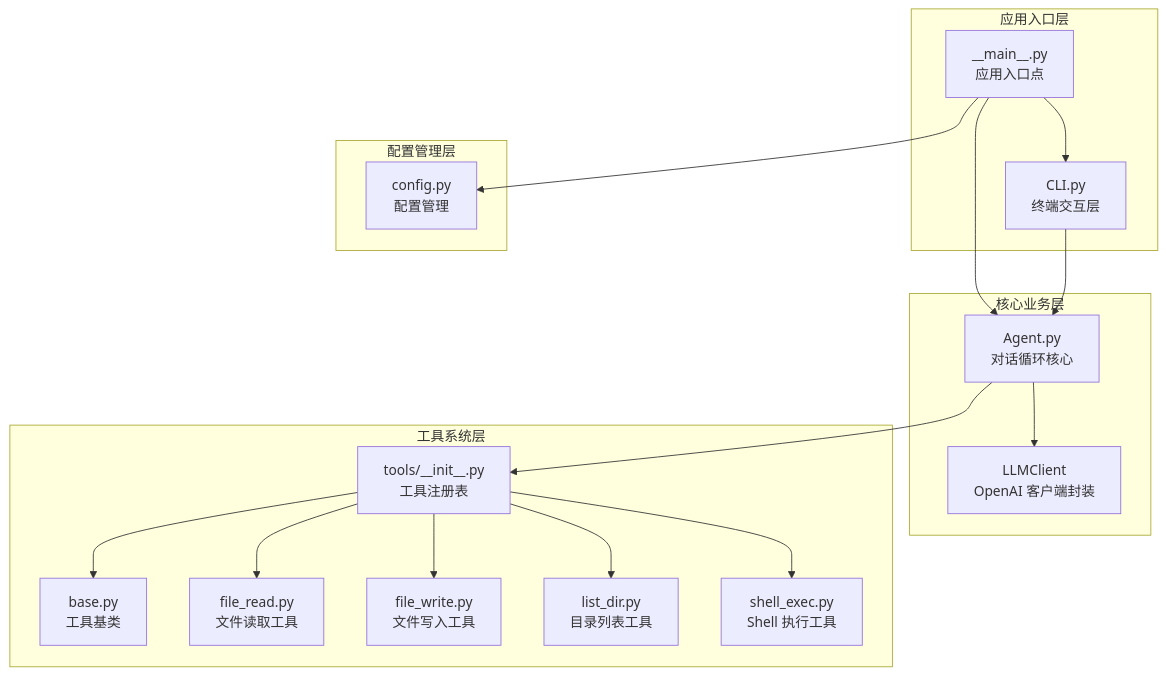
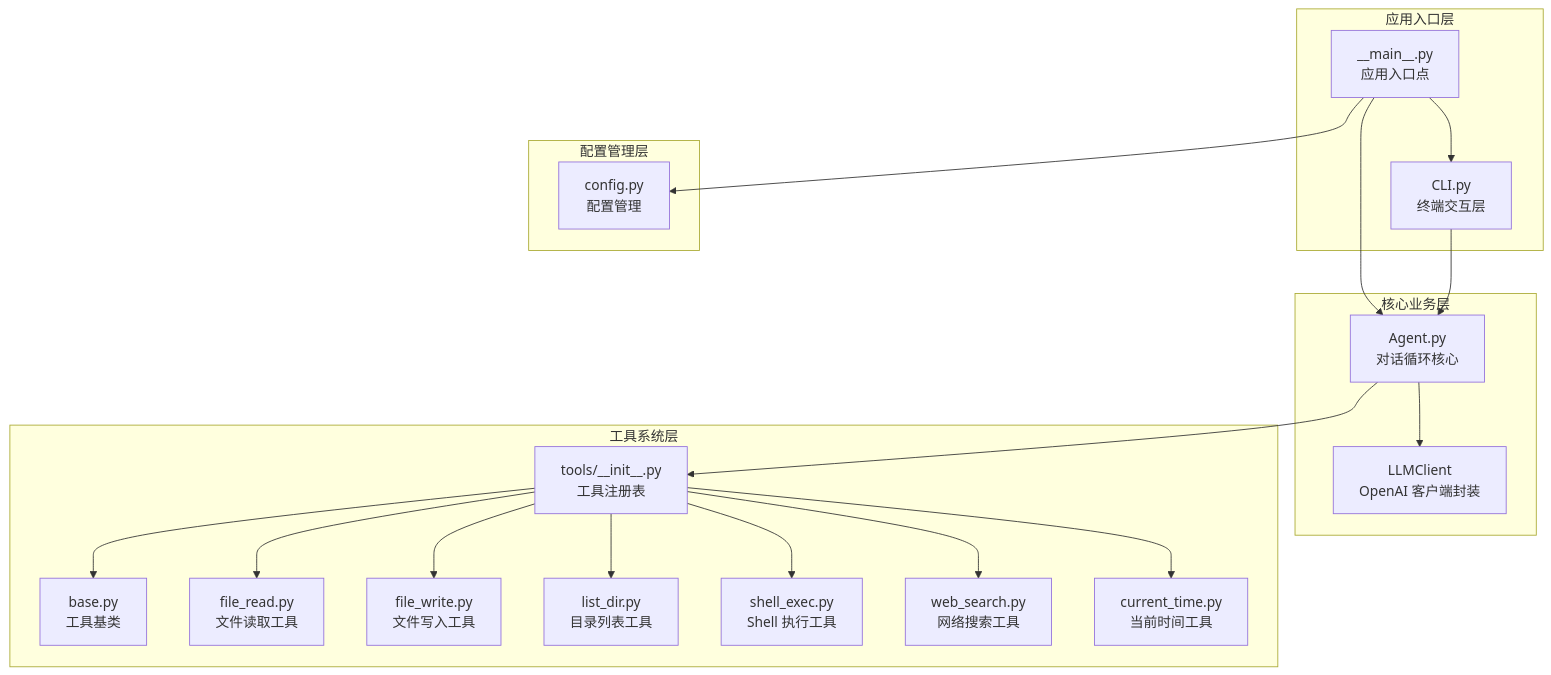
Before and after one commit to 250shiwo/MySmallAgent: the first of 9 diagrams in .qoder/repowiki/zh/content/扩展开发/扩展开发.md, drawn with Mermaid. The commit also changed other lines of this file and 34 other files, not shown here.

````diff
--- a/.qoder/repowiki/zh/content/扩展开发/扩展开发.md
+++ b/.qoder/repowiki/zh/content/扩展开发/扩展开发.md
@@ -33,33 +59,37 @@
 ```mermaid
 graph TB
 subgraph "应用入口层"
 Main[__main__.py<br/>应用入口点]
 CLI[CLI.py<br/>终端交互层]
 end
 subgraph "核心业务层"
 Agent[Agent.py<br/>对话循环核心]
 LLM[LLMClient<br/>OpenAI 客户端封装]
 end
 subgraph "工具系统层"
 Tools[tools/__init__.py<br/>工具注册表]
 Base[base.py<br/>工具基类]
 FileRead[file_read.py<br/>文件读取工具]
 FileWrite[file_write.py<br/>文件写入工具]
 ListDir[list_dir.py<br/>目录列表工具]
 ShellExec[shell_exec.py<br/>Shell 执行工具]
+WebSearch[web_search.py<br/>网络搜索工具]
+CurrentTime[current_time.py<br/>当前时间工具]
 end
 subgraph "配置管理层"
 Config[config.py<br/>配置管理]
 end
 Main --> CLI
 Main --> Agent
 Main --> Config
 CLI --> Agent
 Agent --> LLM
 Agent --> Tools
 Tools --> Base
 Tools --> FileRead
 Tools --> FileWrite
 Tools --> ListDir
 Tools --> ShellExec
+Tools --> WebSearch
+Tools --> CurrentTime
 ```
````
